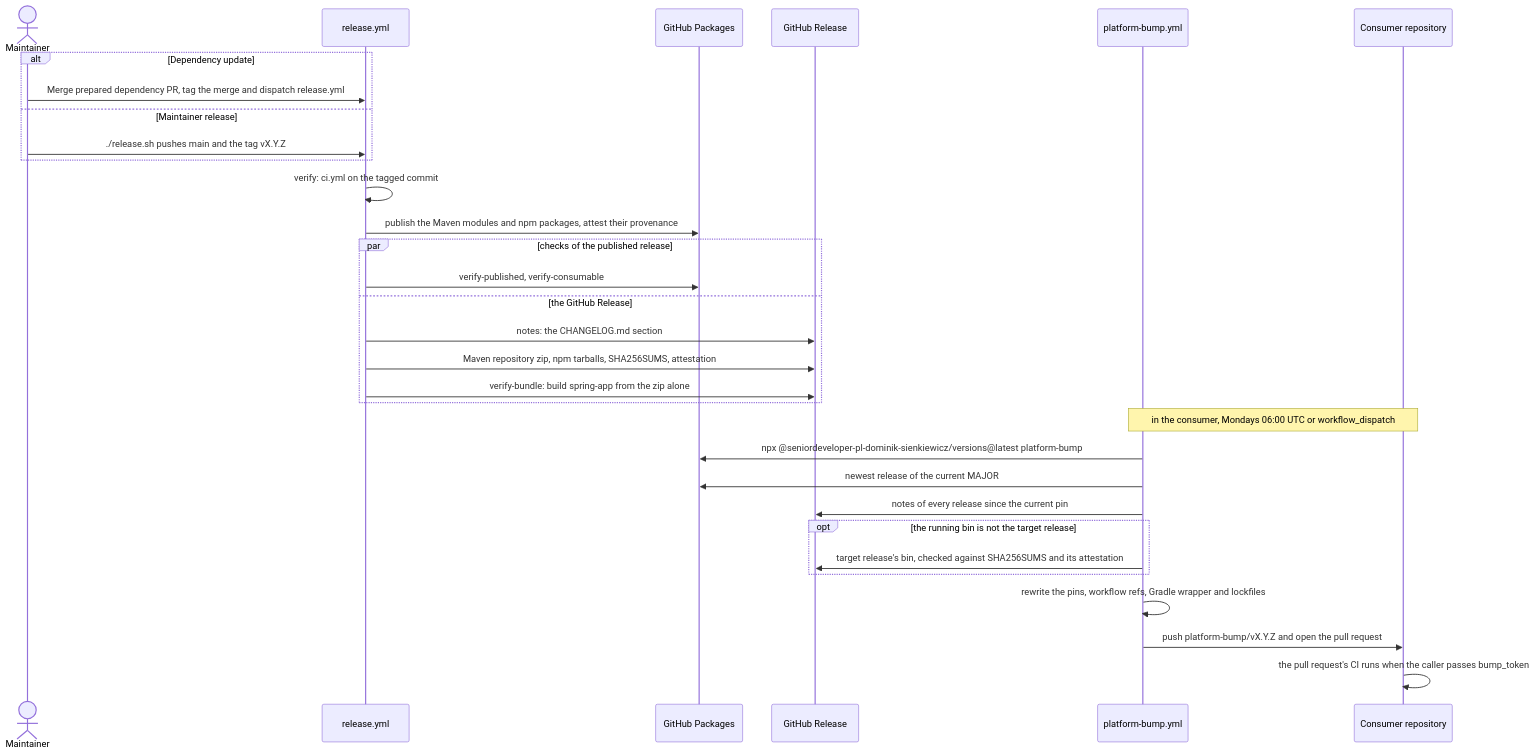
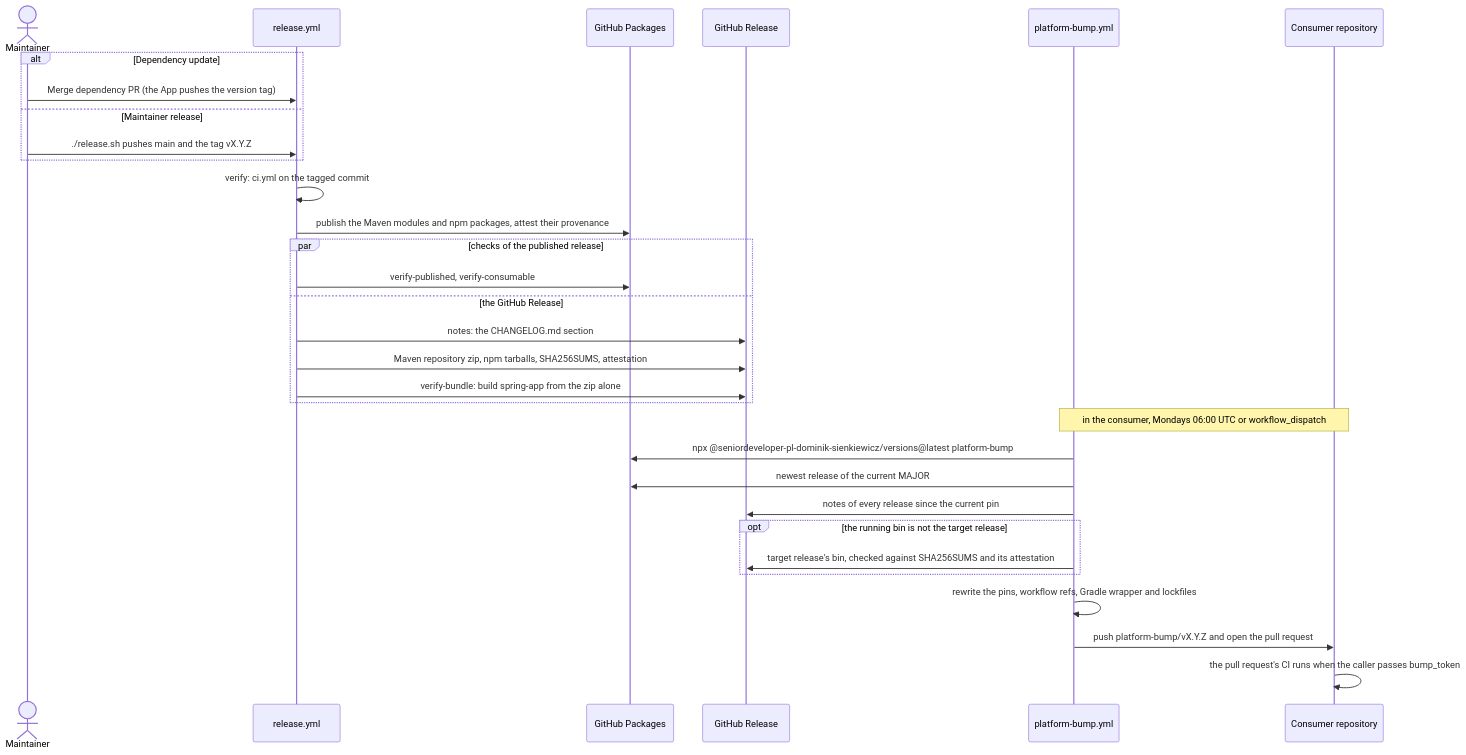
Before and after one commit to DominikSienkiewicz/Platform: the third of 5 diagrams in README.md, drawn with Mermaid. The commit also changed 5 other files, not shown here.

First line of the commit message:
fix(ci): trigger dependency releases once from the version tag

````diff
--- a/README.md
+++ b/README.md
@@ -216,34 +216,34 @@
 ```mermaid
 sequenceDiagram
     actor M as Maintainer
     participant R as release.yml
     participant P as GitHub Packages
     participant G as GitHub Release
     participant B as platform-bump.yml
     participant C as Consumer repository
 
     alt Dependency update
-        M->>R: Merge prepared dependency PR, tag the merge and dispatch release.yml
+        M->>R: Merge dependency PR (the App pushes the version tag)
     else Maintainer release
         M->>R: ./release.sh pushes main and the tag vX.Y.Z
     end
     R->>R: verify: ci.yml on the tagged commit
     R->>P: publish the Maven modules and npm packages, attest their provenance
     par checks of the published release
         R->>P: verify-published, verify-consumable
     and the GitHub Release
         R->>G: notes: the CHANGELOG.md section
         R->>G: Maven repository zip, npm tarballs, SHA256SUMS, attestation
         R->>G: verify-bundle: build spring-app from the zip alone
     end
     Note over B,C: in the consumer, Mondays 06:00 UTC or workflow_dispatch
     B->>P: npx @seniordeveloper-pl-dominik-sienkiewicz/versions@latest platform-bump
     B->>P: newest release of the current MAJOR
     B->>G: notes of every release since the current pin
     opt the running bin is not the target release
         B->>G: target release's bin, checked against SHA256SUMS and its attestation
     end
     B->>B: rewrite the pins, workflow refs, Gradle wrapper and lockfiles
     B->>C: push platform-bump/vX.Y.Z and open the pull request
     C->>C: the pull request's CI runs when the caller passes bump_token
 ```
````
